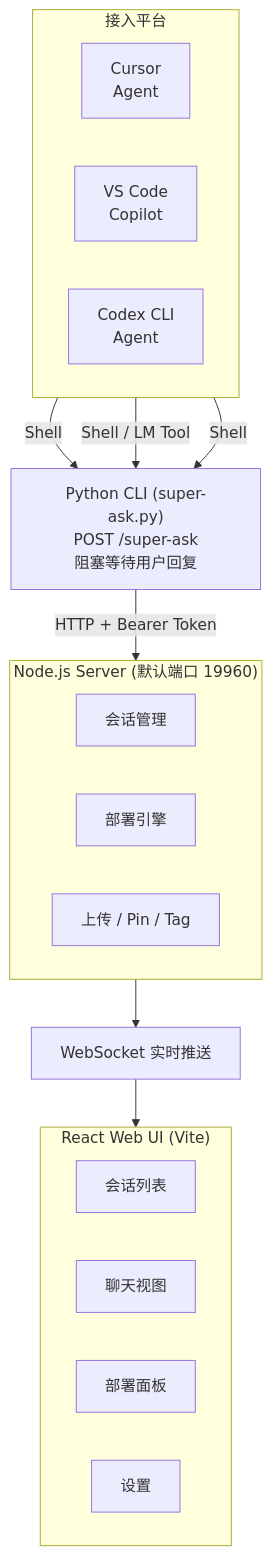
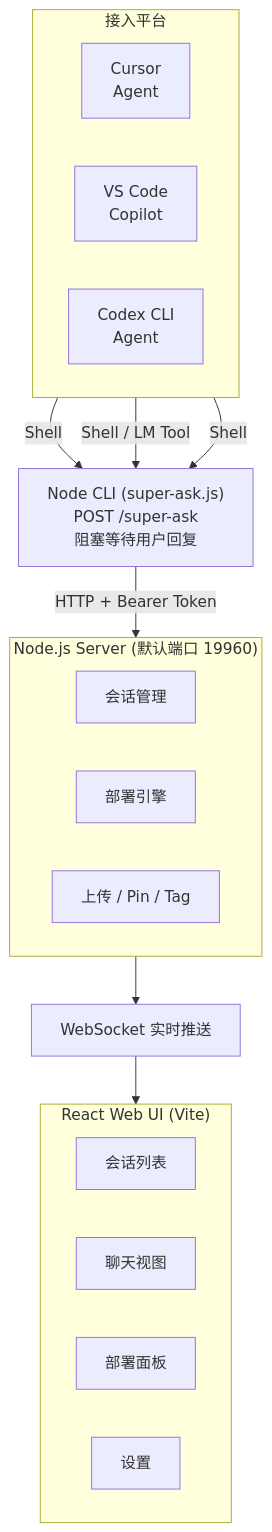
One commit to bdliyq/super-ask changed the diagram in ui/public/content/about.zh.md. Above: the diagram before and after it, drawn with Mermaid. The commit also changed 71 other files, not shown here.

````diff
--- a/ui/public/content/about.zh.md
+++ b/ui/public/content/about.zh.md
@@ -17,34 +17,34 @@
 ```mermaid
 flowchart TB
   subgraph agents["接入平台"]
     direction LR
     cursor["Cursor<br/>Agent"]
     copilot["VS Code<br/>Copilot"]
     codex["Codex CLI<br/>Agent"]
   end
 
-  cli["Python CLI (super-ask.py)<br/>POST /super-ask<br/>阻塞等待用户回复"]
+  cli["Node CLI (super-ask.js)<br/>POST /super-ask<br/>阻塞等待用户回复"]
 
   subgraph server["Node.js Server (默认端口 19960)"]
     direction LR
     session["会话管理"]
     deploy["部署引擎"]
     upload["上传 / Pin / Tag"]
   end
 
   push["WebSocket 实时推送"]
 
   subgraph web["React Web UI (Vite)"]
     direction LR
     sessions["会话列表"]
     chat["聊天视图"]
     panel["部署面板"]
     settings["设置"]
   end
 
   cursor -->|"Shell"| cli
   copilot -->|"Shell / LM Tool"| cli
   codex -->|"Shell"| cli
   cli -->|"HTTP + Bearer Token"| server
   server --> push --> web
 ```
````
